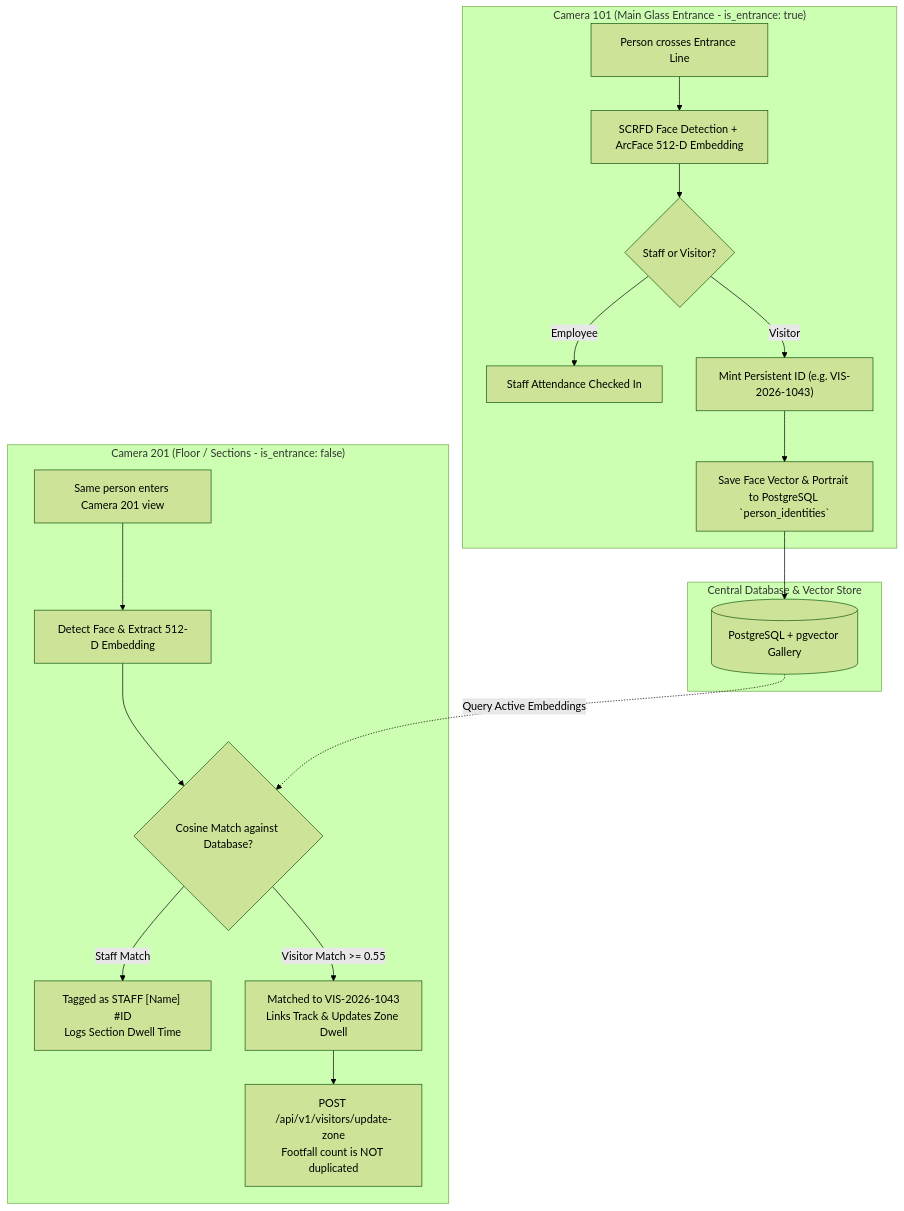
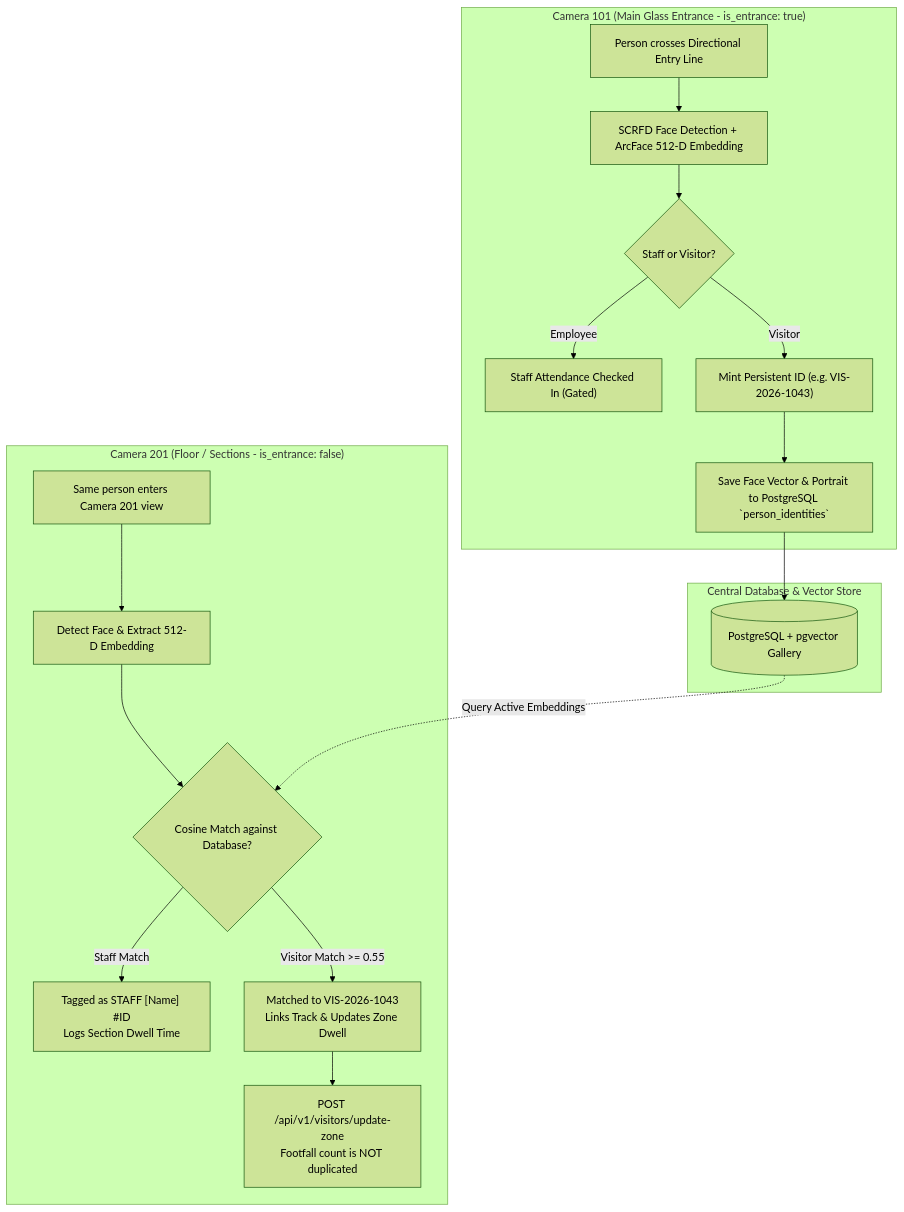
Before and after one commit to sujitctpl/jms-tech: the second of 3 diagrams in README.md, drawn with Mermaid (forest theme). The commit also changed other lines of this file and 78 other files, not shown here.

````diff
--- a/README.md
+++ b/README.md
@@ -410,23 +461,23 @@
 ```mermaid
 flowchart TD
     subgraph Entrance ["Camera 101 (Main Glass Entrance - is_entrance: true)"]
-        E1["Person crosses Entrance Line"] --> E2["SCRFD Face Detection + ArcFace 512-D Embedding"]
+        E1["Person crosses Directional Entry Line"] --> E2["SCRFD Face Detection + ArcFace 512-D Embedding"]
         E2 --> E3{"Staff or Visitor?"}
-        E3 -->|Employee| E4["Staff Attendance Checked In"]
+        E3 -->|Employee| E4["Staff Attendance Checked In (Gated)"]
         E3 -->|Visitor| E5["Mint Persistent ID (e.g. VIS-2026-1043)"]
         E5 --> E6["Save Face Vector & Portrait to PostgreSQL `person_identities`"]
     end
 
     subgraph CentralDB ["Central Database & Vector Store"]
         E6 --> DB[("PostgreSQL + pgvector Gallery")]
     end
 
     subgraph Interior ["Camera 201 (Floor / Sections - is_entrance: false)"]
         I1["Same person enters Camera 201 view"] --> I2["Detect Face & Extract 512-D Embedding"]
         I2 --> I3{"Cosine Match against Database?"}
         DB -.->|Query Active Embeddings| I3
         I3 -->|Staff Match| I4["Tagged as STAFF [Name] #ID<br/>Logs Section Dwell Time"]
         I3 -->|Visitor Match >= 0.55| I5["Matched to VIS-2026-1043<br/>Links Track & Updates Zone Dwell"]
         I5 --> I6["POST /api/v1/visitors/update-zone<br/>Footfall count is NOT duplicated"]
     end
 ```
````
